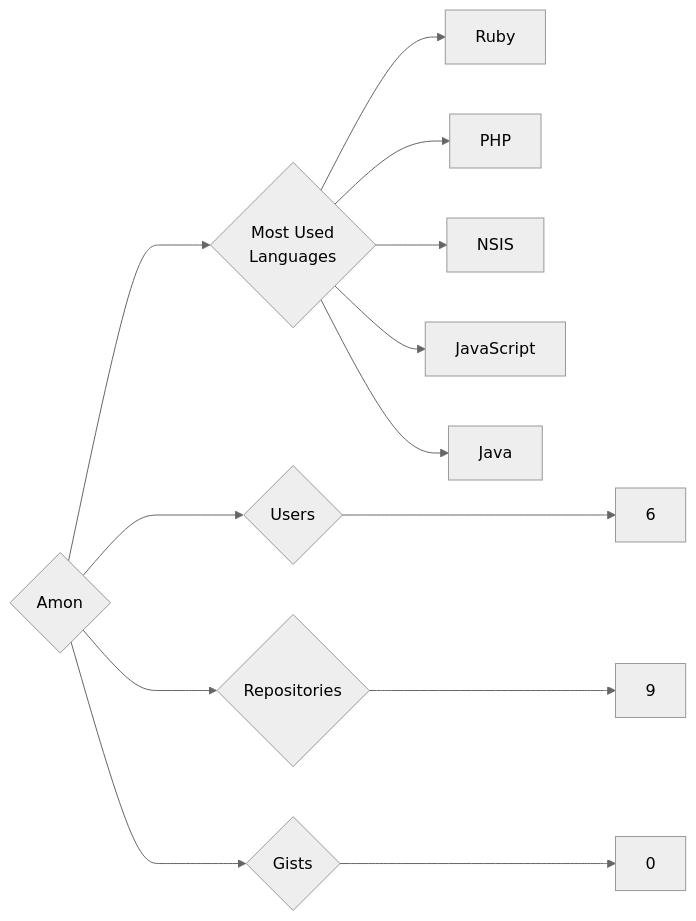
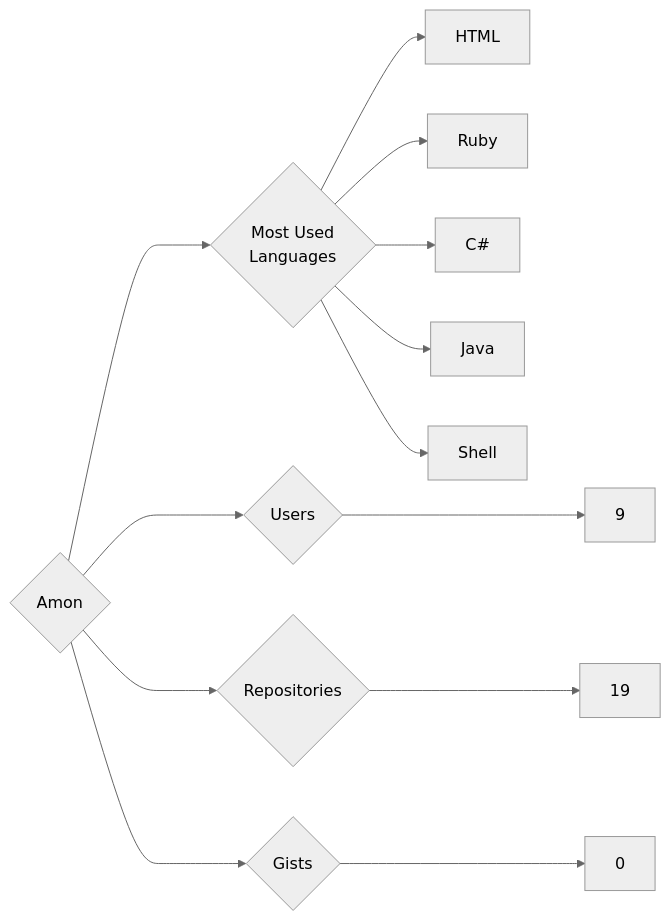
Before and after one commit to trickest/insiders: the diagram in targets/Amon/README.md, drawn with Mermaid (neutral theme). The commit also changed 912 other files, not shown here.

````diff
--- a/targets/Amon/README.md
+++ b/targets/Amon/README.md
@@ -3,13 +3,13 @@
 ```mermaid
 graph LR
 COMPANY_NAME{Amon}
-COMPANY_NAME ---> U{Users} ---> UN[6]
-COMPANY_NAME ---> R{Repositories} ---> RN[9]
+COMPANY_NAME ---> U{Users} ---> UN[9]
+COMPANY_NAME ---> R{Repositories} ---> RN[19]
 COMPANY_NAME ---> G{Gists} ---> GN[0]
 COMPANY_NAME ---> ML{Most Used<br>Languages}
+ML --> HTML[HTML]
 ML --> Ruby[Ruby]
-ML --> PHP[PHP]
-ML --> NSIS[NSIS]
-ML --> JavaScript[JavaScript]
+ML --> C#[C#]
 ML --> Java[Java]
+ML --> Shell[Shell]
 ```
````
